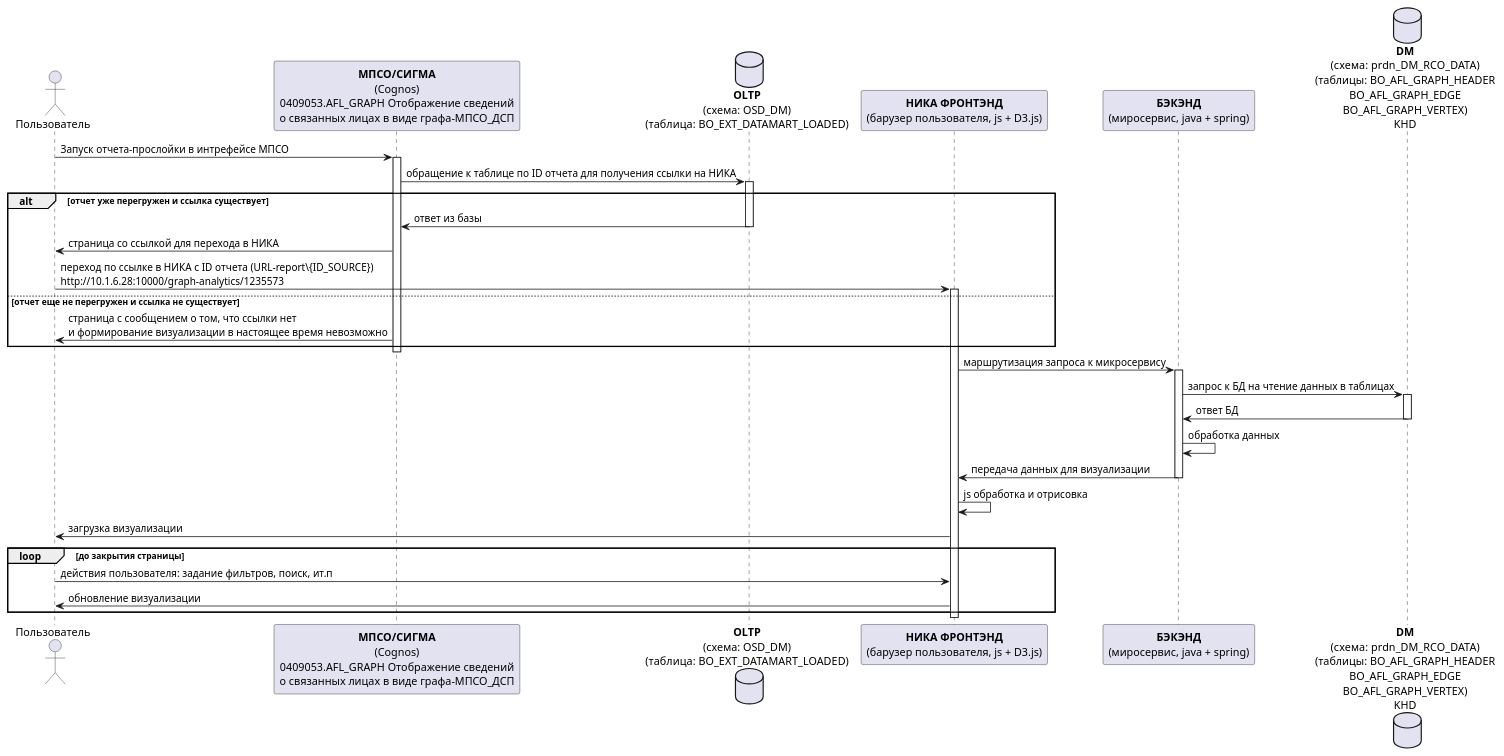
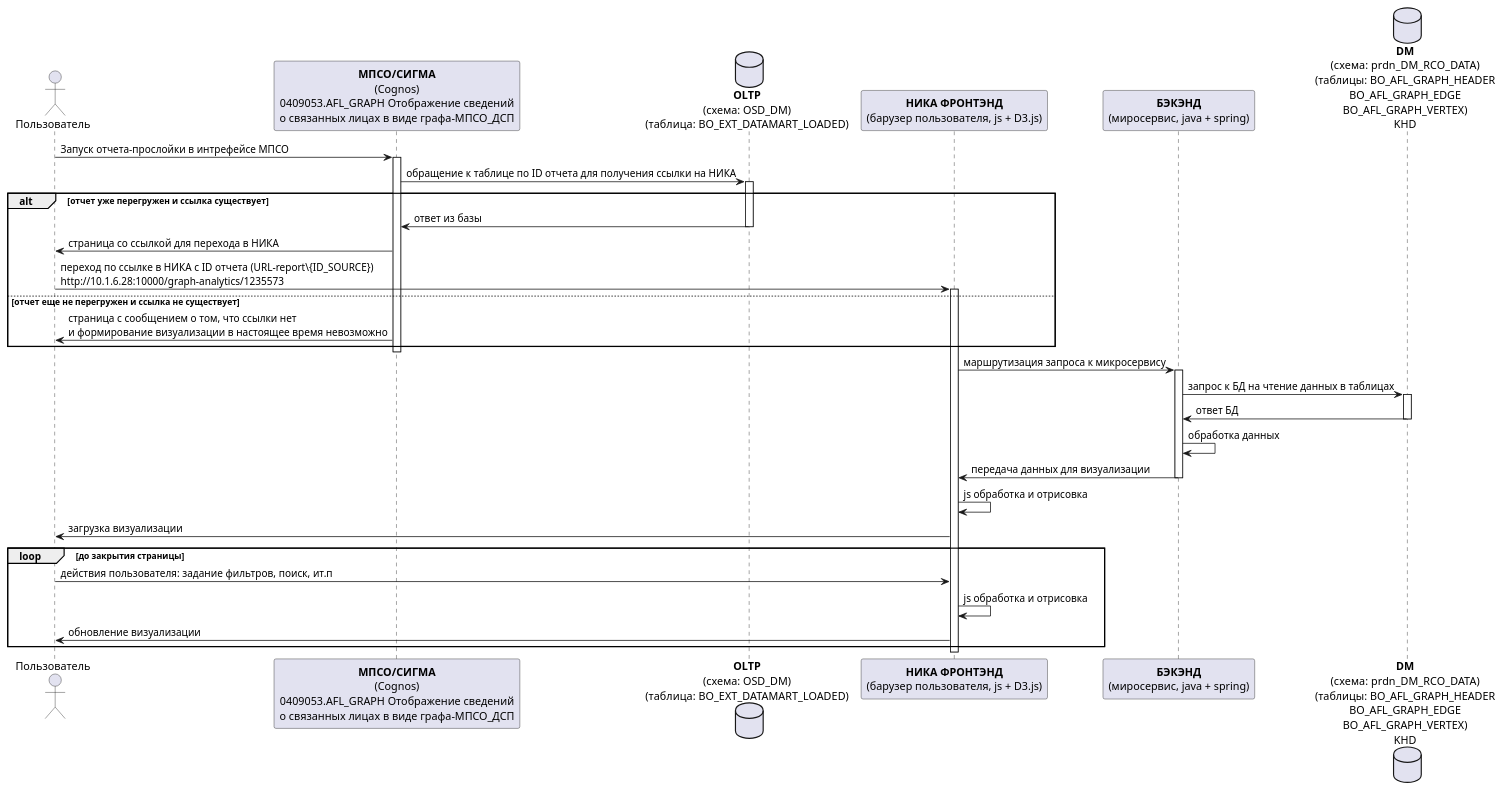
The diagram in src/0409053/схема_работы_0409053.AFL_GRAPH.plantuml (hheli/hheliDiagrams), drawn with PlantUML before and after one commit.

Commit message:
небольшие корректировки

```diff
--- a/src/0409053/схема_работы_0409053.AFL_GRAPH.plantuml
+++ b/src/0409053/схема_работы_0409053.AFL_GRAPH.plantuml
@@ -1,47 +1,48 @@
 @startuml
 actor "Пользователь" as user order 10
 
 
 participant "<b>МПСО/СИГМА</b>\n(Cognos)\n0409053.AFL_GRAPH Отображение сведений\nо связанных лицах в виде графа-МПСО_ДСП" as mpsoRepLink order 20
 database "<b>OLTP</b>\n(схема: OSD_DM)\n(таблица: BO_EXT_DATAMART_LOADED)" as osdDmDatabase order 30
 participant "<b>НИКА ФРОНТЭНД</b>\n(барузер пользователя, js + D3.js)" as nikaFront order 40
 participant "<b>БЭКЭНД</b>\n(миросервис, java + spring)" as nikaBack order 50
 database "<b>DM</b>\n(схема: prdn_DM_RCO_DATA)\n(таблицы: BO_AFL_GRAPH_HEADER\nBO_AFL_GRAPH_EDGE\nBO_AFL_GRAPH_VERTEX)\nKHD" as dmDatabase order 60
 
 
 user->mpsoRepLink: Запуск отчета-прослойки в интрефейсе МПСО
 activate mpsoRepLink 
 
 mpsoRepLink -> osdDmDatabase:обращение к таблице по ID отчета для получения ссылки на НИКА
 activate osdDmDatabase
 alt отчет уже перегружен и ссылка существует
 osdDmDatabase -> mpsoRepLink:ответ из базы
 deactivate osdDmDatabase
 mpsoRepLink->user:страница со ссылкой для перехода в НИКА
 user->nikaFront:переход по ссылке в НИКА с ID отчета (URL-report\{ID_SOURCE})\nhttp://10.1.6.28:10000/graph-analytics/1235573
 activate nikaFront
 else отчет еще не перегружен и ссылка не существует
 mpsoRepLink->user:страница с сообщением о том, что ссылки нет\nи формирование визуализации в настоящее время невозможно
 end
 deactivate mpsoRepLink
 
 nikaFront->nikaBack:маршрутизация запроса к микросервису
 activate nikaBack
 nikaBack->dmDatabase:запрос к БД на чтение данных в таблицах
 activate dmDatabase
 dmDatabase->nikaBack:ответ БД
 deactivate dmDatabase
 nikaBack->nikaBack:обработка данных
 
 nikaBack->nikaFront:передача данных для визуализации
 deactivate nikaBack
 nikaFront->nikaFront:js обработка и отрисовка
 
 nikaFront->user:загрузка визуализации
 loop до закрытия страницы
             user->nikaFront:действия пользователя: задание фильтров, поиск, ит.п
+            nikaFront->nikaFront:js обработка и отрисовка
             nikaFront->user:обновление визуализации
 end
 deactivate nikaFront
 
 @enduml
```
